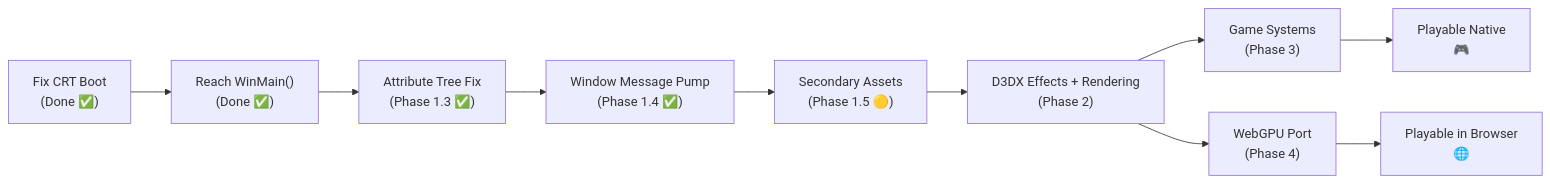
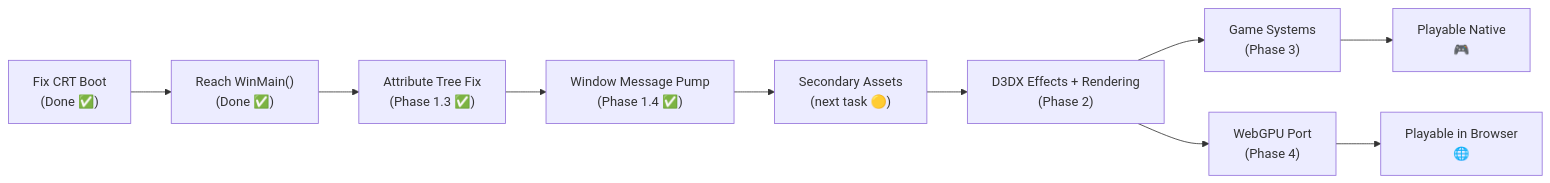
One commit to uvindusl/NFSProStreet_online changed the diagram in docs/ROADMAP.md. Above: the diagram before and after it, drawn with Mermaid. The commit also changed other lines of this file and 5 other files, not shown here.

````diff
--- a/docs/ROADMAP.md
+++ b/docs/ROADMAP.md
@@ -173,12 +173,12 @@
 ```mermaid
 flowchart LR
     A["Fix CRT Boot\n(Done ✅)"] --> B["Reach WinMain()\n(Done ✅)"]
     B --> C["Attribute Tree Fix\n(Phase 1.3 ✅)"]
     C --> D["Window Message Pump\n(Phase 1.4 ✅)"]
-    D --> E["Secondary Assets\n(Phase 1.5 🟡)"]
+    D --> E["Secondary Assets\n(next task 🟡)"]
     E --> F["D3DX Effects + Rendering\n(Phase 2)"]
     F --> G["Game Systems\n(Phase 3)"]
     F --> H["WebGPU Port\n(Phase 4)"]
     G --> I["Playable Native\n🎮"]
     H --> J["Playable in Browser\n🌐"]
 ```
````
